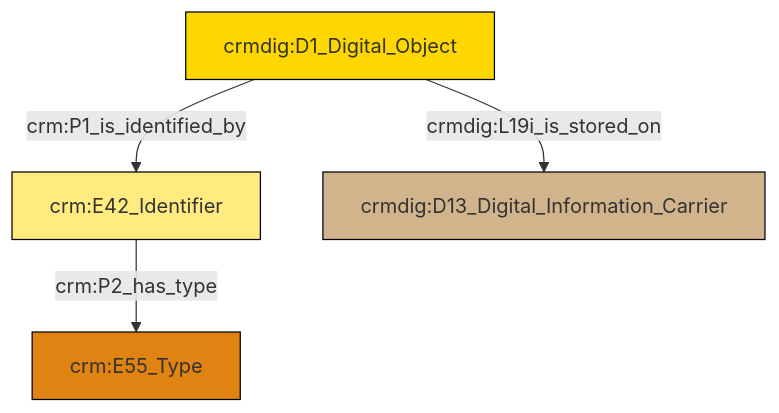
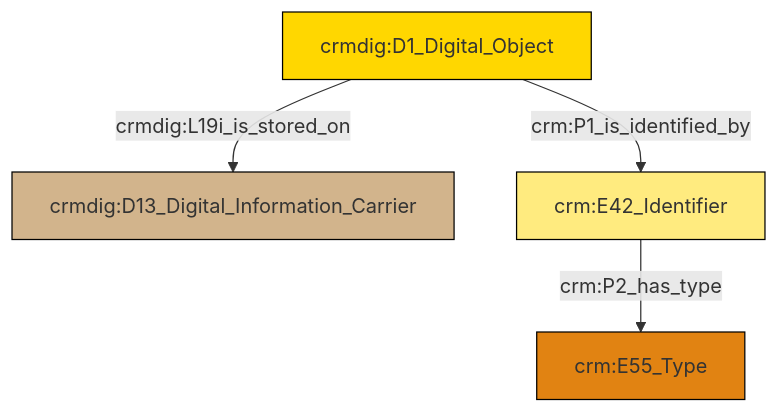
Before and after one commit to swiss-art-research-net/reference-data-models: the diagram in et/doCSV/ttl/mmd/do_location.ttl.mmd, drawn with Mermaid. The commit also changed 131 other files, not shown here.

```diff
--- a/et/doCSV/ttl/mmd/do_location.ttl.mmd
+++ b/et/doCSV/ttl/mmd/do_location.ttl.mmd
@@ -1,18 +1,18 @@
 graph TD
 classDef Literal fill:#f2f2f2,stroke:#000000;
 classDef CRM_Entity fill:#FFFFFF,stroke:#000000;
 classDef Temporal_Entity fill:#00C9E6, stroke:#000000;
 classDef Type fill:#E18312, stroke:#000000;
 classDef Time-Span fill:#2C9C91, stroke:#000000;
 classDef Appellation fill:#FFEB7F, stroke:#000000;
 classDef Place fill:#008836, stroke:#000000;
 classDef Persistent_Item fill:#B266B2, stroke:#000000;
 classDef Conceptual_Object fill:#FFD700, stroke:#000000;
 classDef Physical_Thing fill:#D2B48C, stroke:#000000;
 classDef Actor fill:#f58aad, stroke:#000000;
 classDef PC_Classes fill:#4ce600, stroke:#000000;
 classDef Multi fill:#cccccc,stroke:#000000;
 
-2["crm:E42_Identifier"]:::Appellation -->|crm:P2_has_type| 3["crm:E55_Type"]:::Type
-0["crmdig:D1_Digital_Object"]:::Conceptual_Object -->|crm:P1_is_identified_by| 2["crm:E42_Identifier"]:::Appellation
-0["crmdig:D1_Digital_Object"]:::Conceptual_Object -->|crmdig:L19i_is_stored_on| 6["crmdig:D13_Digital_Information_Carrier"]:::Physical_Thing
+6["crmdig:D1_Digital_Object"]:::Conceptual_Object -->|crm:P1_is_identified_by| 4["crm:E42_Identifier"]:::Appellation
+4["crm:E42_Identifier"]:::Appellation -->|crm:P2_has_type| 2["crm:E55_Type"]:::Type
+6["crmdig:D1_Digital_Object"]:::Conceptual_Object -->|crmdig:L19i_is_stored_on| 0["crmdig:D13_Digital_Information_Carrier"]:::Physical_Thing
```
